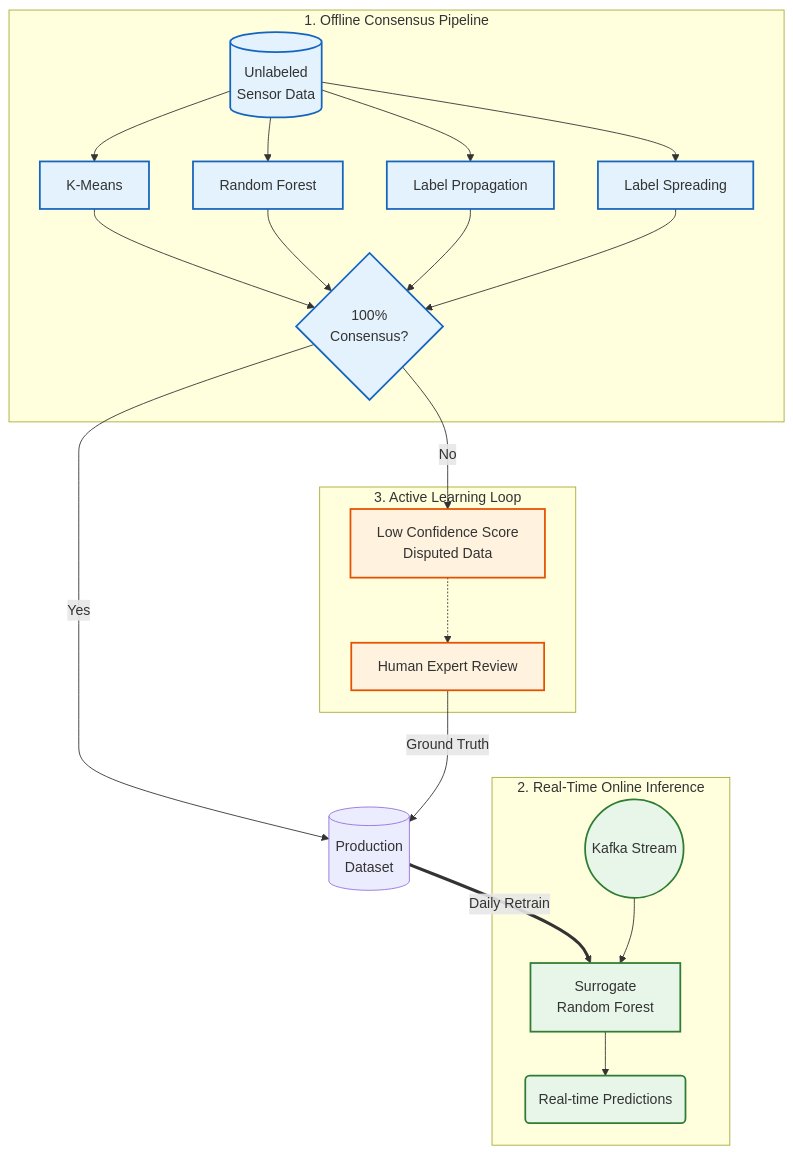
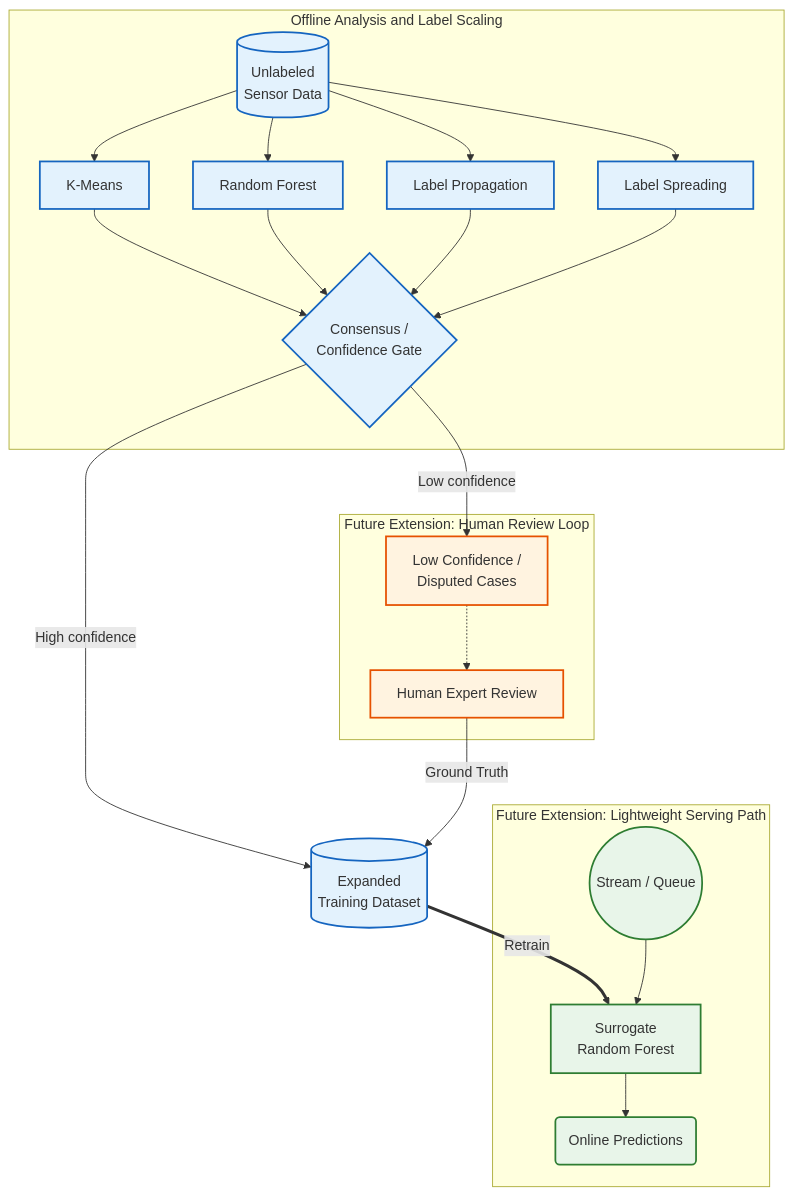
Before and after one commit to Nikolavye/Machine-Learning-Computer-Vision-Portfolio: the first of 3 diagrams in README.md, drawn with Mermaid. The commit also changed other lines of this file and 1 other file, not shown here.

Commit message:
docs: add distributed microservice architecture blueprint and docker-compose

````diff
--- a/README.md
+++ b/README.md
@@ -24,45 +49,45 @@
 ```mermaid
 graph TD
     classDef offline fill:#e3f2fd,stroke:#1565c0,stroke-width:2px;
     classDef online fill:#e8f5e9,stroke:#2e7d32,stroke-width:2px;
     classDef human fill:#fff3e0,stroke:#e65100,stroke-width:2px;
 
-    subgraph Offline Batch Pipeline [1. Offline Consensus Pipeline]
+    subgraph Offline Batch Pipeline [Offline Analysis and Label Scaling]
         RawData[(Unlabeled<br>Sensor Data)]
         M1[K-Means]
         M2[Random Forest]
         M3[Label Propagation]
         M4[Label Spreading]
-        Vote{100%<br>Consensus?}
-        
+        Vote{Consensus /<br>Confidence Gate}
+
         RawData --> M1
         RawData --> M2
         RawData --> M3
         RawData --> M4
         M1 & M2 & M3 & M4 --> Vote
     end
 
-    subgraph Active Learning Loop [3. Active Learning Loop]
+    subgraph Active Learning Loop [Future Extension: Human Review Loop]
         Expert[Human Expert Review]
-        LowConf[Low Confidence Score<br>Disputed Data]
+        LowConf[Low Confidence /<br>Disputed Cases]
     end
 
-    subgraph Online Inference [2. Real-Time Online Inference]
+    subgraph Online Inference [Future Extension: Lightweight Serving Path]
         RF[Surrogate<br>Random Forest]
-        Kafka((Kafka Stream))
-        Output(Real-time Predictions)
+        Kafka((Stream / Queue))
+        Output(Online Predictions)
     end
 
-    Vote -- Yes --> ProdDB[(Production<br>Dataset)]
-    Vote -- No --> LowConf
+    Vote -- High confidence --> ProdDB[(Expanded<br>Training Dataset)]
+    Vote -- Low confidence --> LowConf
     LowConf -.-> Expert
     Expert -- Ground Truth --> ProdDB
-    
-    ProdDB ==>|Daily Retrain| RF
+
+    ProdDB ==>|Retrain| RF
     Kafka --> RF
     RF --> Output
-    
-    class M1,M2,M3,M4,Vote,RawData offline;
+
+    class M1,M2,M3,M4,Vote,RawData,ProdDB offline;
     class RF,Kafka,Output online;
     class Expert,LowConf human;
 ```
````
